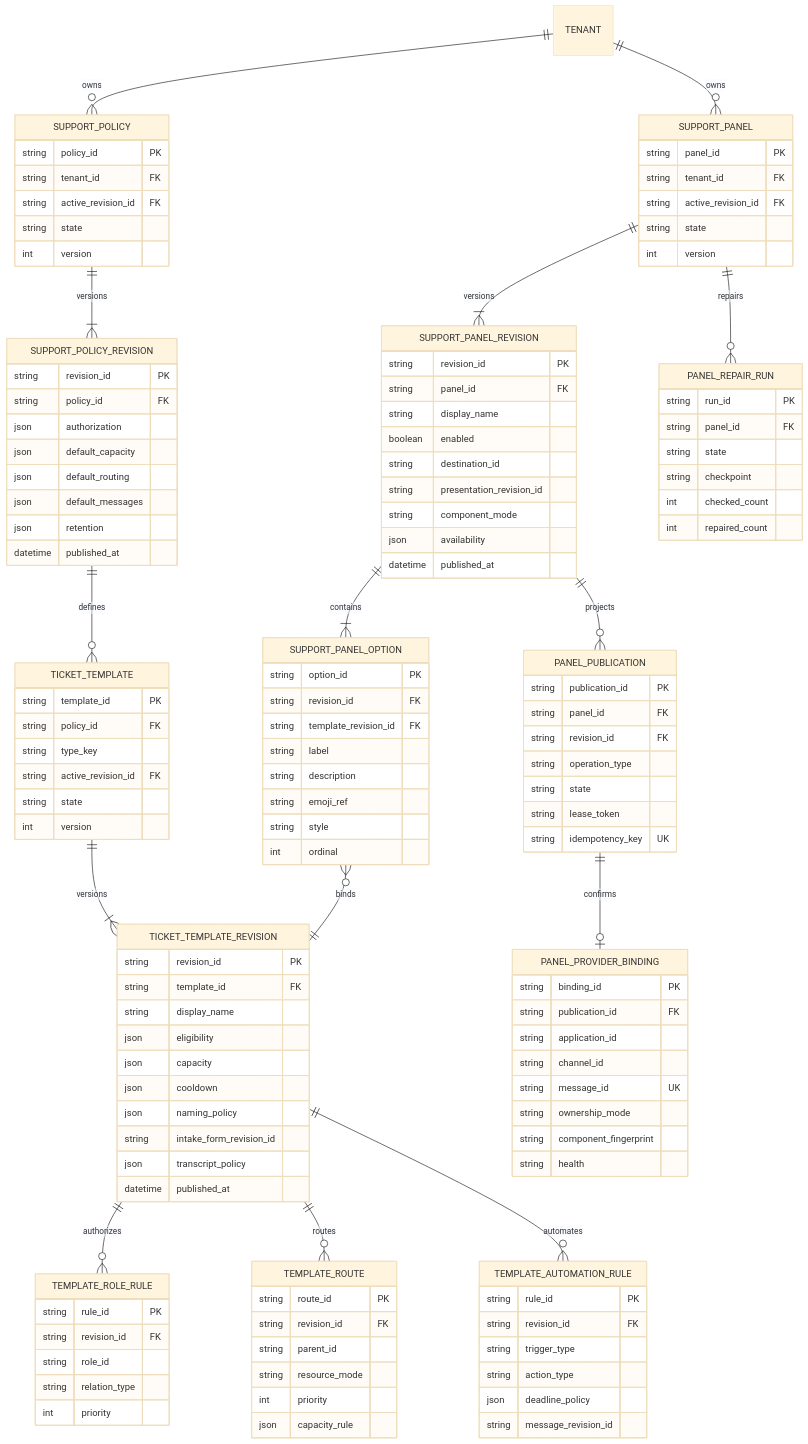
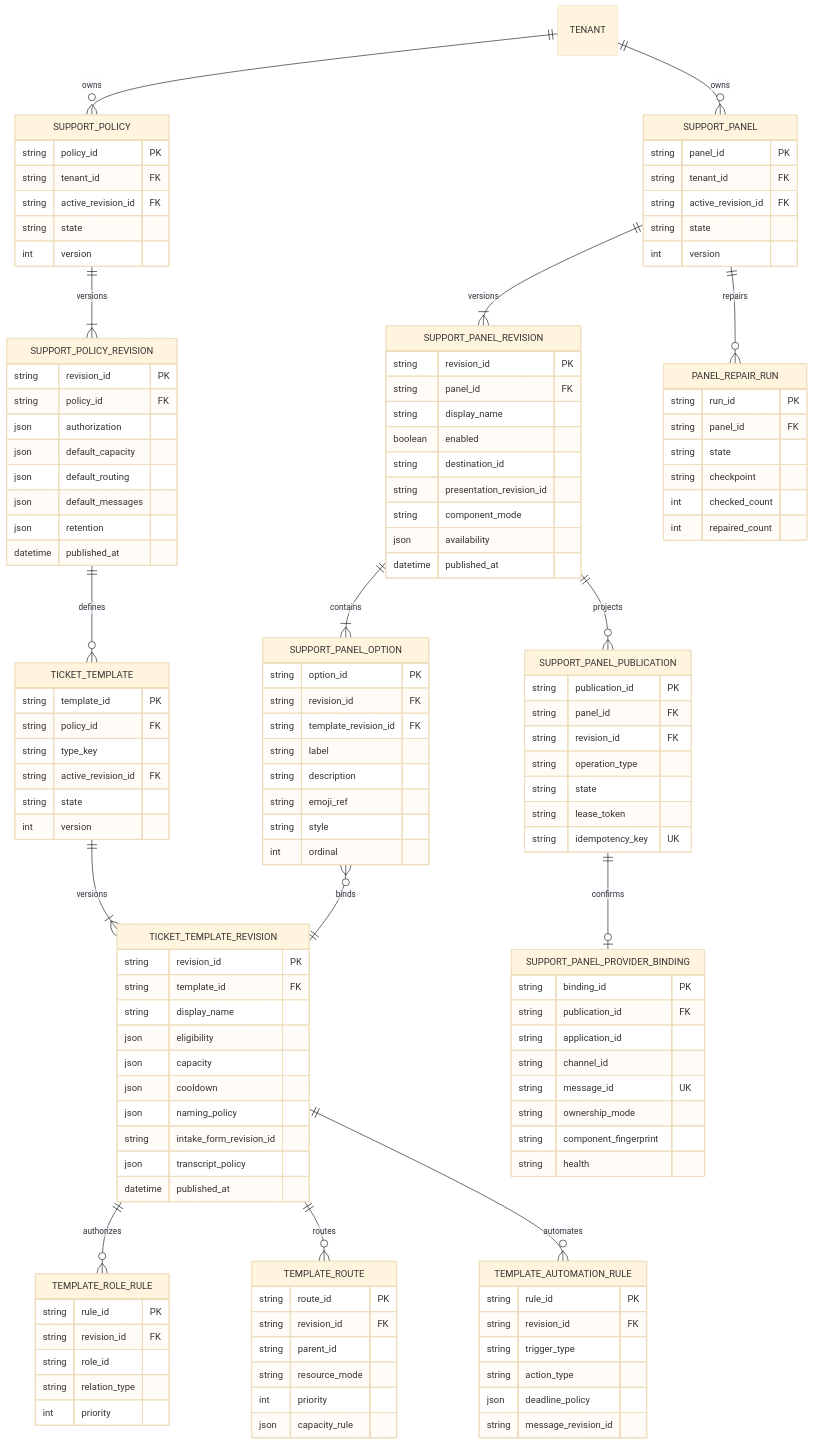
The first of 9 diagrams in docs/architecture/10-data-support-integrations-automation.md (obsidia-systems/Discord-Bot-Open-Source), drawn with Mermaid (base theme) before and after one commit. The commit also changed other lines of this file and 27 other files, not shown here.

First line of the commit message:
feat(architecture): add comprehensive architecture review documentation

```diff
--- a/docs/architecture/10-data-support-integrations-automation.md
+++ b/docs/architecture/10-data-support-integrations-automation.md
@@ -17,8 +17,8 @@
     SUPPORT_PANEL ||--|{ SUPPORT_PANEL_REVISION : versions
     SUPPORT_PANEL_REVISION ||--|{ SUPPORT_PANEL_OPTION : contains
     SUPPORT_PANEL_OPTION }o--|| TICKET_TEMPLATE_REVISION : binds
-    SUPPORT_PANEL_REVISION ||--o{ PANEL_PUBLICATION : projects
-    PANEL_PUBLICATION ||--o| PANEL_PROVIDER_BINDING : confirms
+    SUPPORT_PANEL_REVISION ||--o{ SUPPORT_PANEL_PUBLICATION : projects
+    SUPPORT_PANEL_PUBLICATION ||--o| SUPPORT_PANEL_PROVIDER_BINDING : confirms
     SUPPORT_PANEL ||--o{ PANEL_REPAIR_RUN : repairs
 
     SUPPORT_POLICY {
@@ -119,7 +119,7 @@
         int ordinal
     }
 
-    PANEL_PUBLICATION {
+    SUPPORT_PANEL_PUBLICATION {
         string publication_id PK
         string panel_id FK
         string revision_id FK
@@ -129,7 +129,7 @@
         string idempotency_key UK
     }
 
-    PANEL_PROVIDER_BINDING {
+    SUPPORT_PANEL_PROVIDER_BINDING {
         string binding_id PK
         string publication_id FK
         string application_id
```
